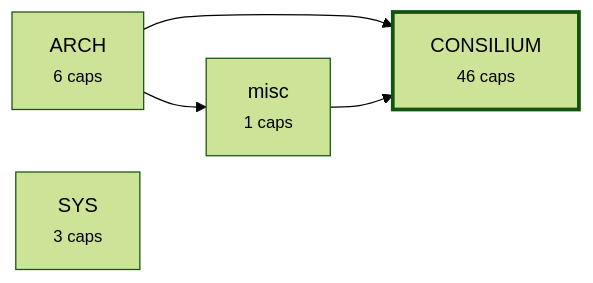
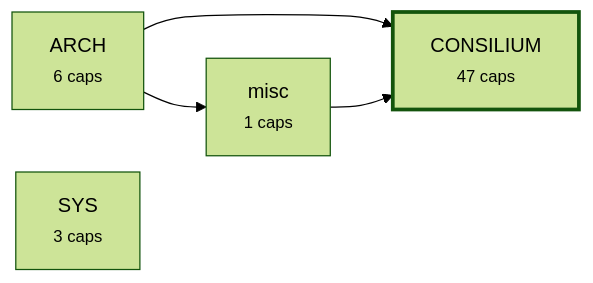
Before and after one commit to alxmax/Consilium: the third of 4 diagrams in requirements/_map.md, drawn with Mermaid (forest theme). The commit also changed other lines of this file and 11 other files, not shown here.

````diff
--- a/requirements/_map.md
+++ b/requirements/_map.md
@@ -205,11 +206,11 @@
 ```mermaid
 graph LR
   a_ARCH["ARCH<br><small>6 caps</small>"]
-  a_CONSILIUM["CONSILIUM<br><small>46 caps</small>"]
+  a_CONSILIUM["CONSILIUM<br><small>47 caps</small>"]
   a_SYS["SYS<br><small>3 caps</small>"]
   a_misc["misc<br><small>1 caps</small>"]
   a_ARCH --> a_CONSILIUM
   a_ARCH --> a_misc
   a_misc --> a_CONSILIUM
   style a_CONSILIUM stroke-width:3px
 ```
````
